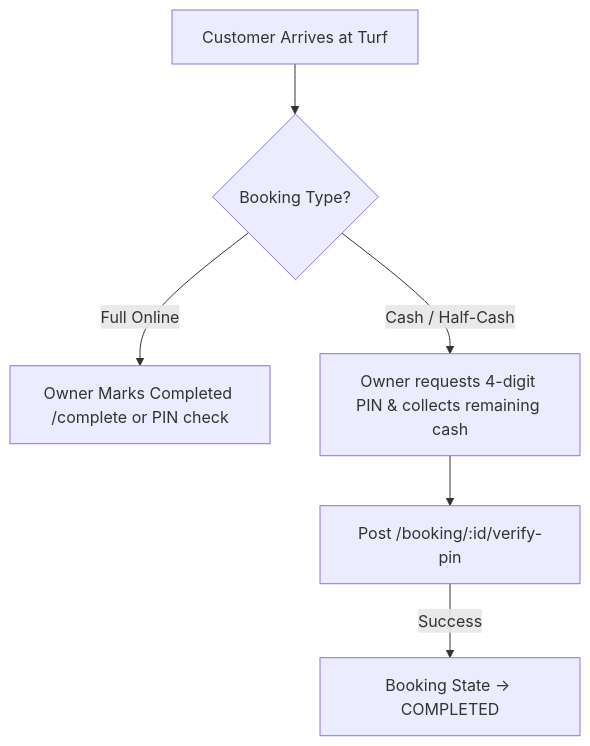
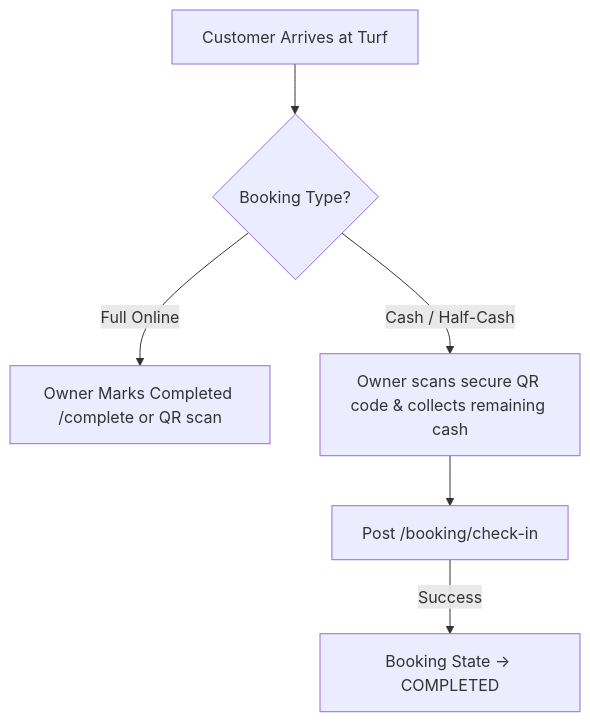
The fifth of 6 diagrams in docs/software_design/app_flow_documentation.md (SevenX-Labs/Turfsy-Server), drawn with Mermaid before and after one commit. The commit also changed other lines of this file and 10 other files, not shown here.

Commit message:
refactor: replace PIN-based check-in with HMAC-signed QR codes, update system architecture to include background worker queues, and refine booking design documentation.

````diff
--- a/docs/software_design/app_flow_documentation.md
+++ b/docs/software_design/app_flow_documentation.md
@@ -201,8 +201,8 @@
 ```mermaid
 flowchart TD
     Arrive[Customer Arrives at Turf] --> CheckType{Booking Type?}
-    CheckType -->|Full Online| DirectComplete[Owner Marks Completed /complete or PIN check]
-    CheckType -->|Cash / Half-Cash| PINCheck[Owner requests 4-digit PIN & collects remaining cash]
-    PINCheck --> VerifyPIN[Post /booking/:id/verify-pin]
-    VerifyPIN -->|Success| CompleteState[Booking State -> COMPLETED]
+    CheckType -->|Full Online| DirectComplete[Owner Marks Completed /complete or QR scan]
+    CheckType -->|Cash / Half-Cash| QRCheck[Owner scans secure QR code & collects remaining cash]
+    QRCheck --> VerifyQR[Post /booking/check-in]
+    VerifyQR -->|Success| CompleteState[Booking State -> COMPLETED]
 ```
````
